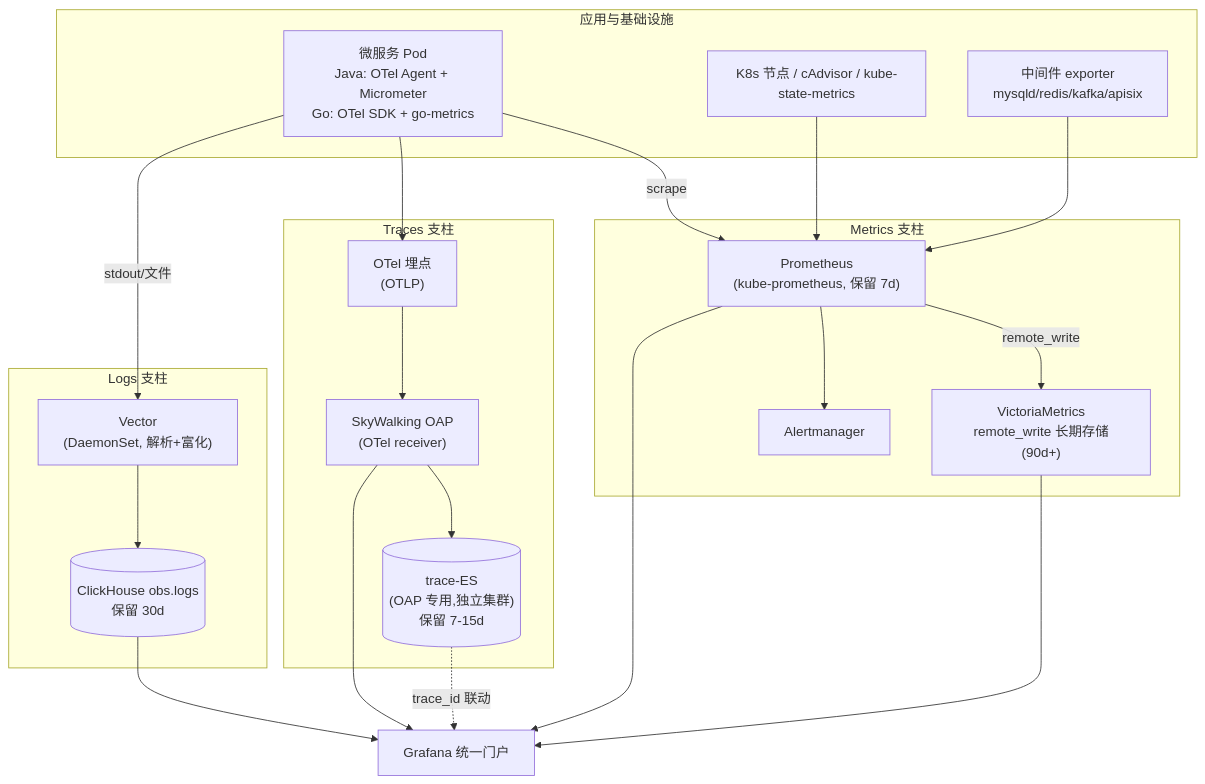
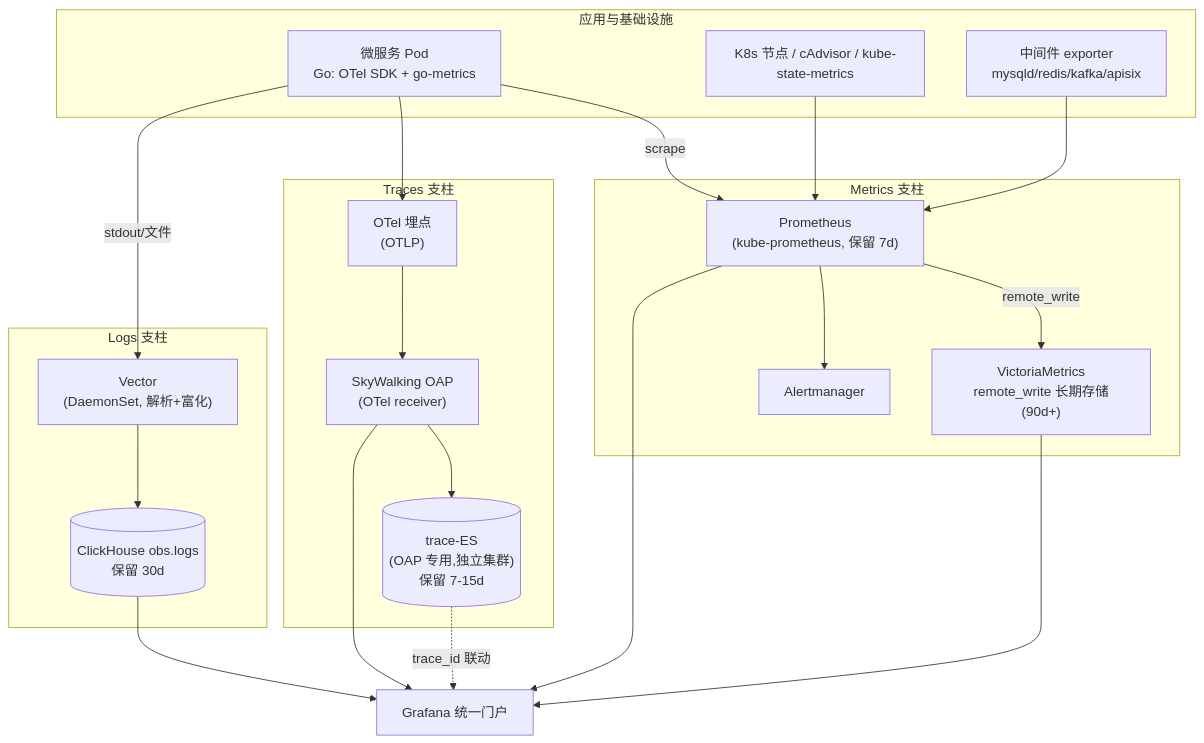
One commit to qifalab/euler-platform changed the sixth of 9 diagrams in docs/architecture/05-data-observability.md. Above: the diagram before and after it, drawn with Mermaid. The commit also changed other lines of this file and 318 other files, not shown here.

````diff
--- a/docs/architecture/05-data-observability.md
+++ b/docs/architecture/05-data-observability.md
@@ -539,40 +539,40 @@
 ```mermaid
 flowchart TB
     subgraph APP["应用与基础设施"]
-        SVC["微服务 Pod<br/>Java: OTel Agent + Micrometer<br/>Go: OTel SDK + go-metrics"]
+        SVC["微服务 Pod<br/>Go: OTel SDK + go-metrics"]
         NODE["K8s 节点 / cAdvisor / kube-state-metrics"]
         MW["中间件 exporter<br/>mysqld/redis/kafka/apisix"]
     end
 
     subgraph MET["Metrics 支柱"]
         PROM["Prometheus<br/>(kube-prometheus, 保留 7d)"]
         VMST["VictoriaMetrics<br/>remote_write 长期存储(90d+)"]
         AM["Alertmanager"]
     end
 
     subgraph TR["Traces 支柱"]
         OTLP["OTel 埋点<br/>(OTLP)"]
         OAP["SkyWalking OAP<br/>(OTel receiver)"]
         TES[("trace-ES<br/>(OAP 专用,独立集群)<br/>保留 7-15d")]
     end
 
     subgraph LG["Logs 支柱"]
         VEC["Vector<br/>(DaemonSet, 解析+富化)"]
         LCK[("ClickHouse obs.logs<br/>保留 30d")]
     end
 
     GF["Grafana 统一门户"]
 
     SVC -->|scrape| PROM
     NODE --> PROM
     MW --> PROM
     PROM -->|remote_write| VMST
     PROM --> AM
     SVC --> OTLP --> OAP --> TES
     SVC -->|stdout/文件| VEC --> LCK
     VMST --> GF
     PROM --> GF
     OAP --> GF
     LCK --> GF
     TES -.->|trace_id 联动| GF
 ```
````
